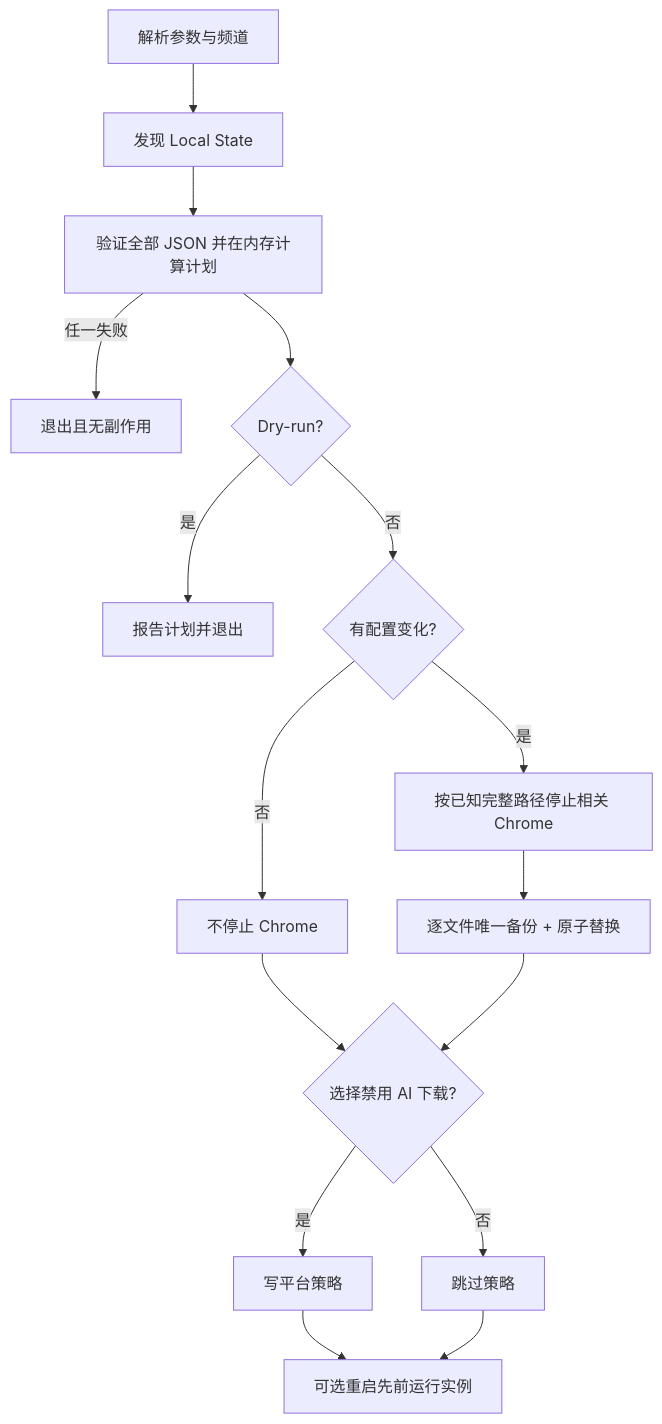
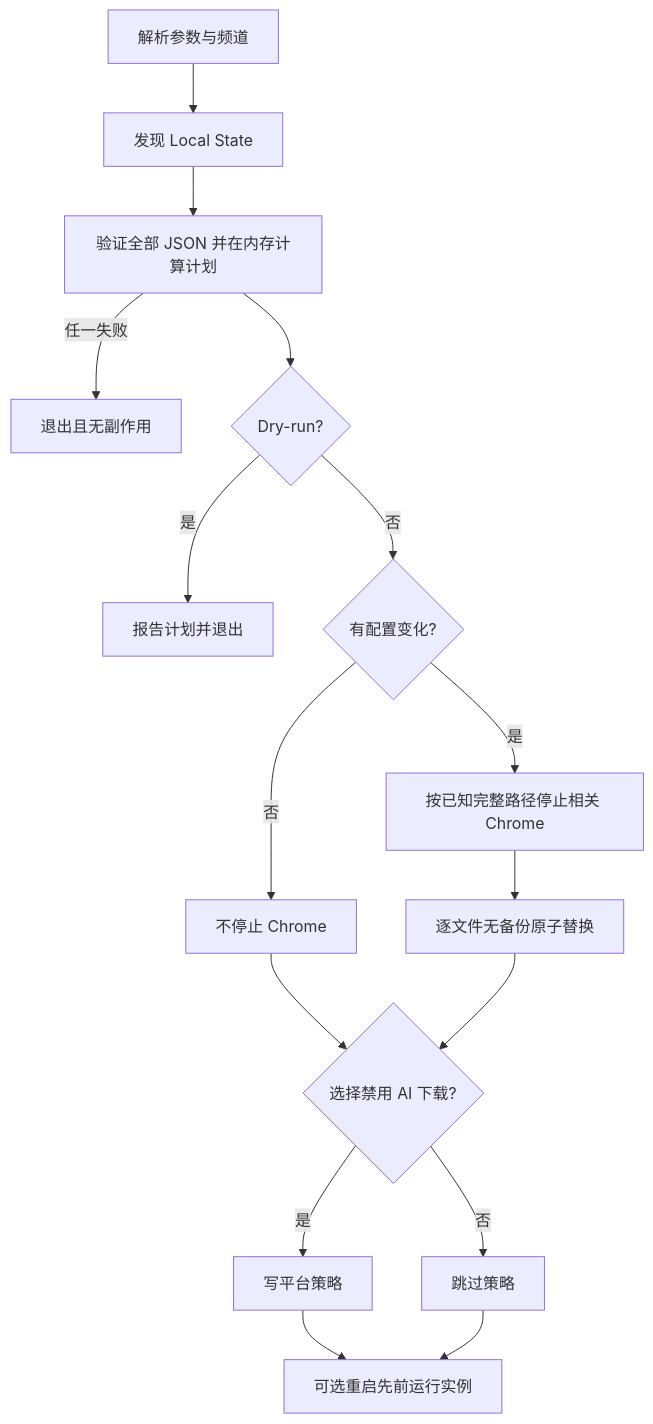
One commit to marble810/bring-back-gemini changed the second of 3 diagrams in docs/diagrams.md. Above: the diagram before and after it, drawn with Mermaid. The commit also changed other lines of this file and 8 other files, not shown here.

````diff
--- a/docs/diagrams.md
+++ b/docs/diagrams.md
@@ -20,18 +20,18 @@
 ```mermaid
 flowchart TD
     A[解析参数与频道] --> B[发现 Local State]
     B --> C[验证全部 JSON 并在内存计算计划]
     C -->|任一失败| X[退出且无副作用]
     C --> D{Dry-run?}
     D -->|是| Y[报告计划并退出]
     D -->|否| E{有配置变化?}
     E -->|是| F[按已知完整路径停止相关 Chrome]
     E -->|否| H[不停止 Chrome]
-    F --> G[逐文件唯一备份 + 原子替换]
+    F --> G[逐文件无备份原子替换]
     H --> I{选择禁用 AI 下载?}
     G --> I
     I -->|是| J[写平台策略]
     I -->|否| K[跳过策略]
     J --> L[可选重启先前运行实例]
     K --> L
 ```
````
